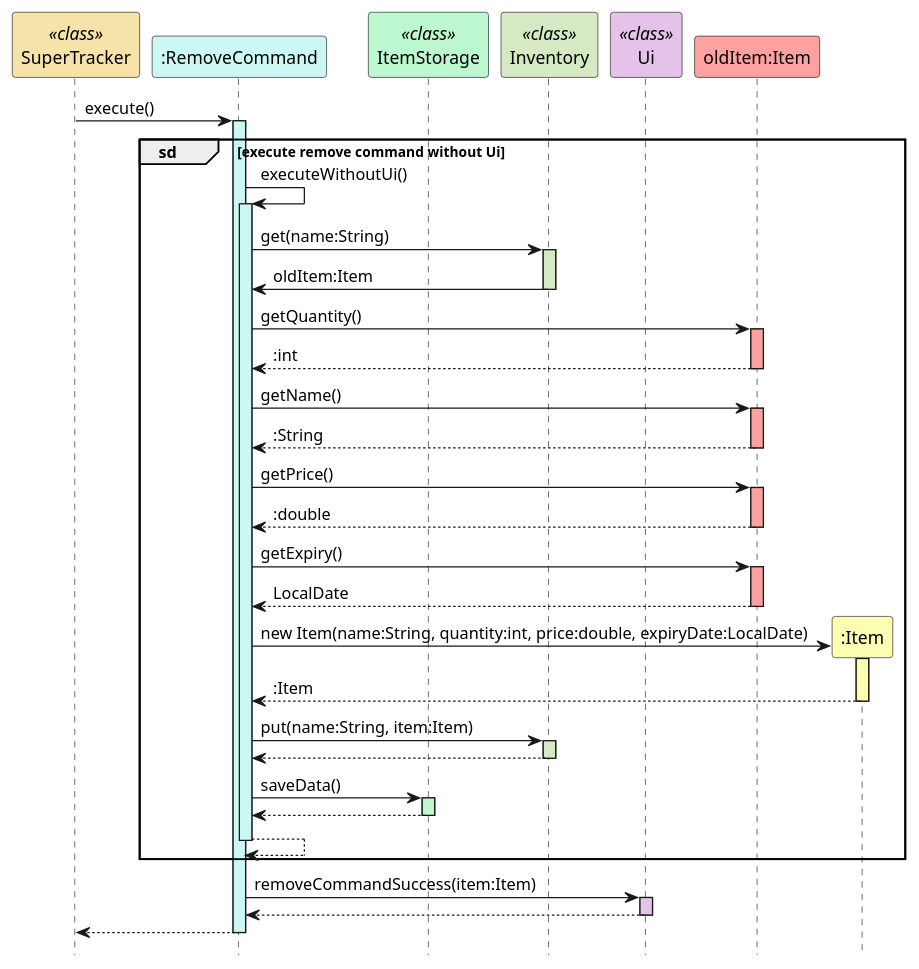
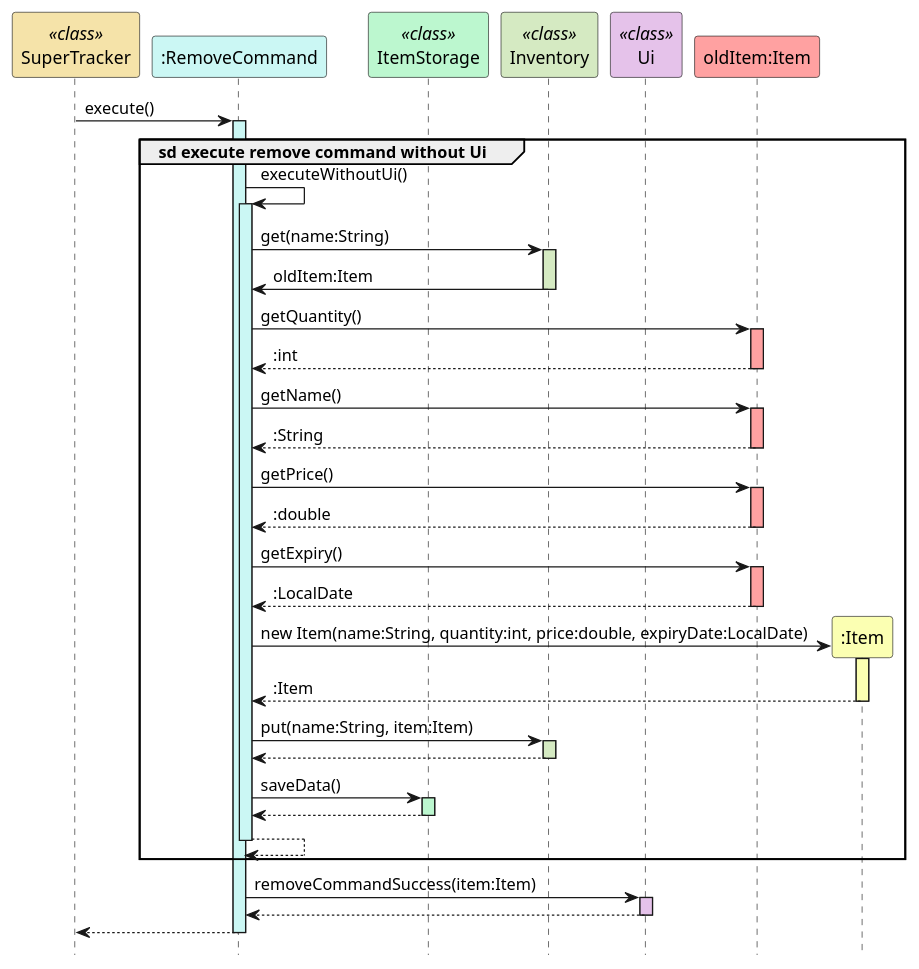
Before and after one commit to rismm/tp: the second of 2 diagrams in docs/uml-diagrams/RemoveCommand.puml, drawn with PlantUML. The commit also changed other lines of this file and 19 other files, not shown here.

```diff
--- a/docs/uml-diagrams/RemoveCommand.puml
+++ b/docs/uml-diagrams/RemoveCommand.puml
@@ -64,71 +68,71 @@
 @startuml
 hide footbox
 participant "SuperTracker" as SuperTracker <<class>> #f5e3a9
 participant ":RemoveCommand" as RemoveCommand #cbf7f4
 participant "ItemStorage" as ItemStorage <<class>> #bcf7cf
 participant "Inventory" as Inventory <<class>> #d5eac2
 participant "Ui" as Ui <<class>> #e5c2ea
 participant "oldItem:Item" as oldItem #ffa1a1
 participant ":Item" as Item #fbffb2
 
 SuperTracker -> RemoveCommand : execute()
 activate RemoveCommand #cbf7f4
 
-group sd [execute remove command without Ui]
+group sd execute remove command without Ui
 
 RemoveCommand -> RemoveCommand : executeWithoutUi()
 activate RemoveCommand #cbf7f4
 
 RemoveCommand -> Inventory : get(name:String)
 activate Inventory #d5eac2
 Inventory -> RemoveCommand : oldItem:Item
 deactivate Inventory
 
 RemoveCommand -> oldItem : getQuantity()
 activate oldItem #ffa1a1
 oldItem --> RemoveCommand : :int
 deactivate oldItem
 
 RemoveCommand -> oldItem : getName()
 activate oldItem #ffa1a1
 oldItem --> RemoveCommand : :String
 deactivate oldItem
 
 RemoveCommand -> oldItem : getPrice()
 activate oldItem #ffa1a1
 oldItem --> RemoveCommand : :double
 deactivate oldItem
 
 RemoveCommand -> oldItem : getExpiry()
 activate oldItem #ffa1a1
-oldItem --> RemoveCommand : LocalDate
+oldItem --> RemoveCommand : :LocalDate
 deactivate oldItem
 
 RemoveCommand -> Item ** : new Item(name:String, quantity:int, price:double, expiryDate:LocalDate)
 activate Item #fbffb2
 Item --> RemoveCommand : :Item
 deactivate Item
 
 RemoveCommand -> Inventory : put(name:String, item:Item)
 activate Inventory #d5eac2
 Inventory --> RemoveCommand
 deactivate Inventory
 
 RemoveCommand -> ItemStorage : saveData()
 activate ItemStorage #bcf7cf
 ItemStorage --> RemoveCommand
 deactivate ItemStorage
 
 RemoveCommand --> RemoveCommand
 deactivate RemoveCommand
 
 end
 
 RemoveCommand -> Ui : removeCommandSuccess(item:Item)
 activate Ui #e5c2ea
 Ui --> RemoveCommand
 deactivate Ui
 
 RemoveCommand --> SuperTracker
 deactivate RemoveCommand
 @enduml
```
